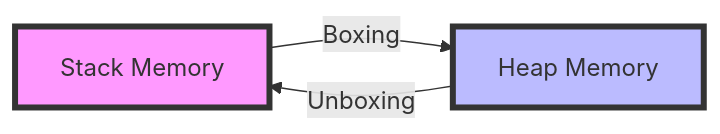
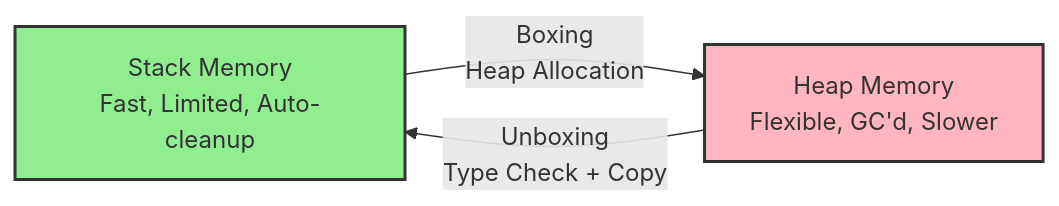
One commit to Mo7ammedd/mdx-portofolio changed the first of 2 diagrams in app/blog/boxing-and-unboxing-in-csharp/page.mdx. Above: the diagram before and after it, drawn with Mermaid. The commit also changed other lines of this file and 2 other files, not shown here.

````diff
--- a/app/blog/boxing-and-unboxing-in-csharp/page.mdx
+++ b/app/blog/boxing-and-unboxing-in-csharp/page.mdx
@@ -63,7 +100,7 @@
 ```mermaid
 graph LR
-    A[Stack Memory] -->|Boxing| B[Heap Memory]
-    B -->|Unboxing| A
-    style A fill:#f9f,stroke:#333,stroke-width:4px
-    style B fill:#bbf,stroke:#333,stroke-width:4px
+    A[Stack Memory<br/>Fast, Limited, Auto-cleanup] -->|Boxing<br/>Heap Allocation| B[Heap Memory<br/>Flexible, GC'd, Slower]
+    B -->|Unboxing<br/>Type Check + Copy| A
+    style A fill:#90EE90,stroke:#333,stroke-width:2px
+    style B fill:#FFB6C1,stroke:#333,stroke-width:2px
 ```
````
